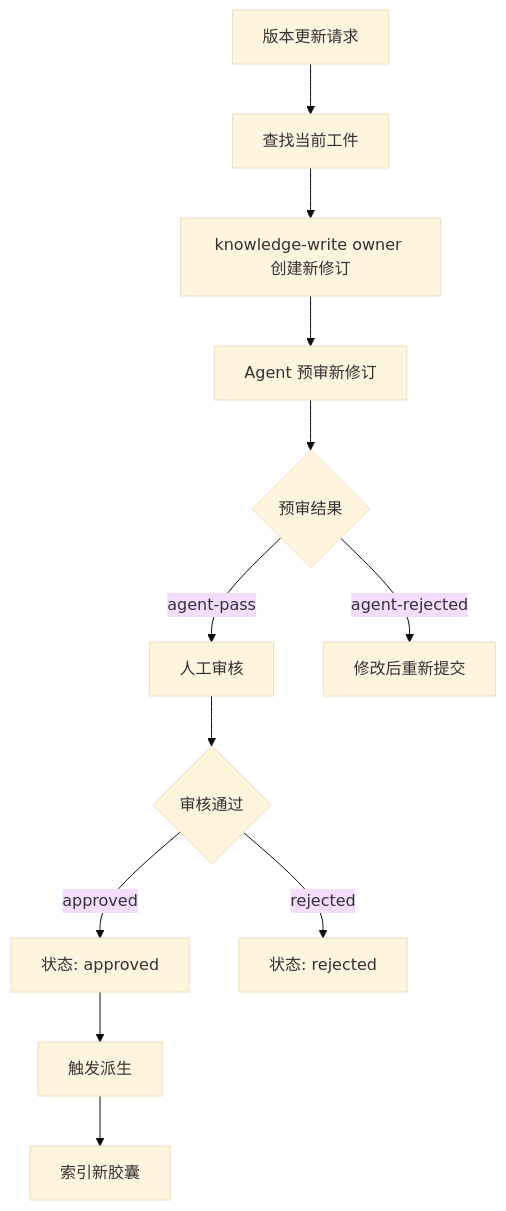
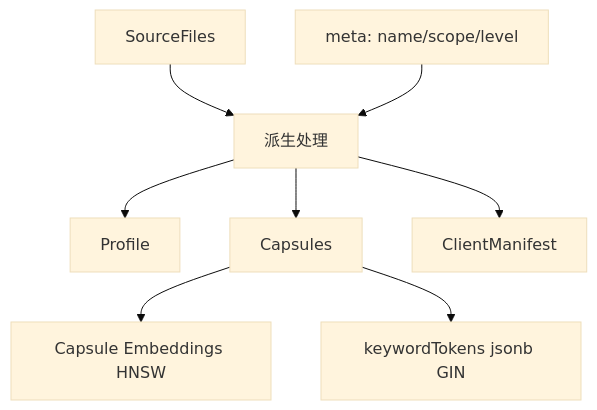
One commit to pofossette/TrapMap-for-vibing changed the diagram in docs/architecture/components/ARTIFACTS.md. Above: the diagram before and after it, drawn with Mermaid (base theme). The commit also changed other lines of this file and 25 other files, not shown here.

````diff
--- a/docs/architecture/components/ARTIFACTS.md
+++ b/docs/architecture/components/ARTIFACTS.md
@@ -328,16 +21,10 @@
 ```mermaid
 flowchart TB
-    A[版本更新请求] --> B[查找当前工件]
-    B --> C[knowledge-write owner 创建新修订]
-    C --> D[Agent 预审新修订]
-    D --> E{预审结果}
-    E -->|agent-pass| F[人工审核]
-    E -->|agent-rejected| G[修改后重新提交]
-    F --> H{审核通过}
-    
-    H -->|approved| I[状态: approved]
-    H -->|rejected| J[状态: rejected]
-    
-    I --> K[触发派生]
-    K --> L[索引新胶囊]
+    SF[SourceFiles] --> P[派生处理]
+    META[meta: name/scope/level] --> P
+    P --> SP[Profile]
+    P --> SC[Capsules]
+    P --> CM[ClientManifest]
+    SC --> CE[Capsule Embeddings HNSW]
+    SC --> CK[keywordTokens jsonb GIN]
 ```
````
